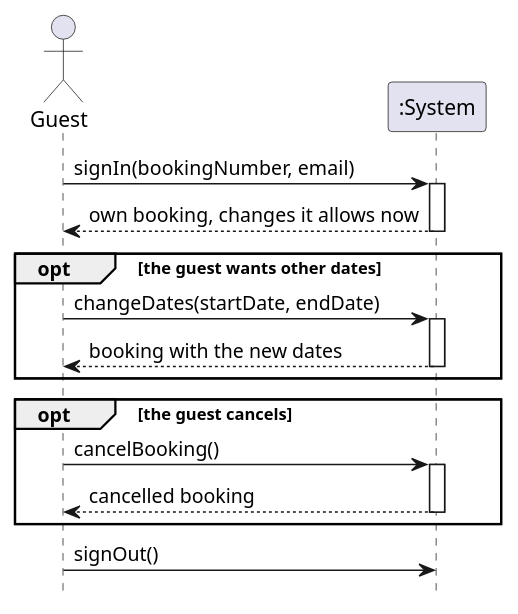
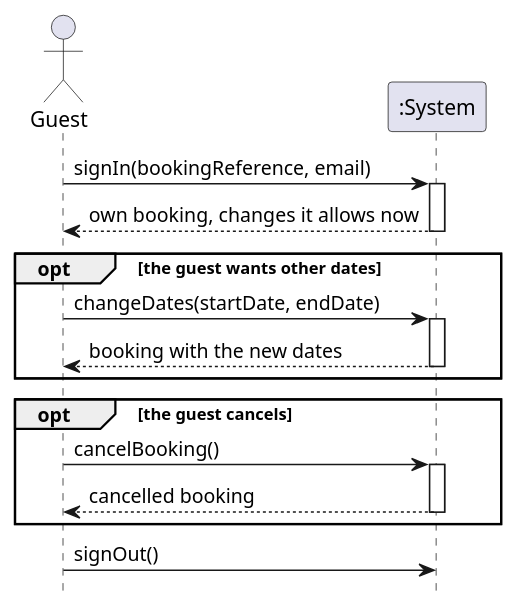
The first of 2 diagrams in docs/use-cases/uc-010/ssd.md (NF-Hotel/NFHotel), drawn with PlantUML before and after one commit. The commit also changed other lines of this file and 25 other files, not shown here.

````diff
--- a/docs/use-cases/uc-010/ssd.md
+++ b/docs/use-cases/uc-010/ssd.md
@@ -29,28 +30,28 @@
 ```plantuml
 @startuml
 hide footbox
 actor "Guest" as Guest
 participant ":System" as System
 
-Guest -> System : signIn(bookingNumber, email)
+Guest -> System : signIn(bookingReference, email)
 activate System
 System --> Guest : own booking, changes it allows now
 deactivate System
 
 opt the guest wants other dates
   Guest -> System : changeDates(startDate, endDate)
   activate System
   System --> Guest : booking with the new dates
   deactivate System
 end
 
 opt the guest cancels
   Guest -> System : cancelBooking()
   activate System
   System --> Guest : cancelled booking
   deactivate System
 end
 
 Guest -> System : signOut()
 @enduml
 ```
````
